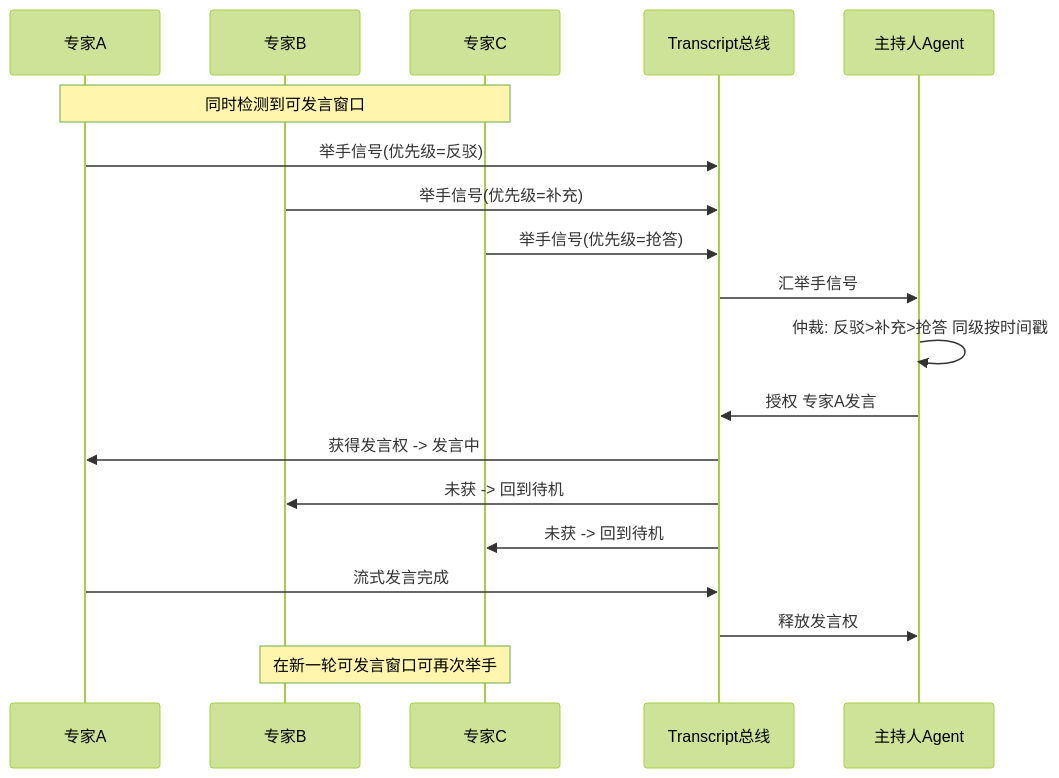
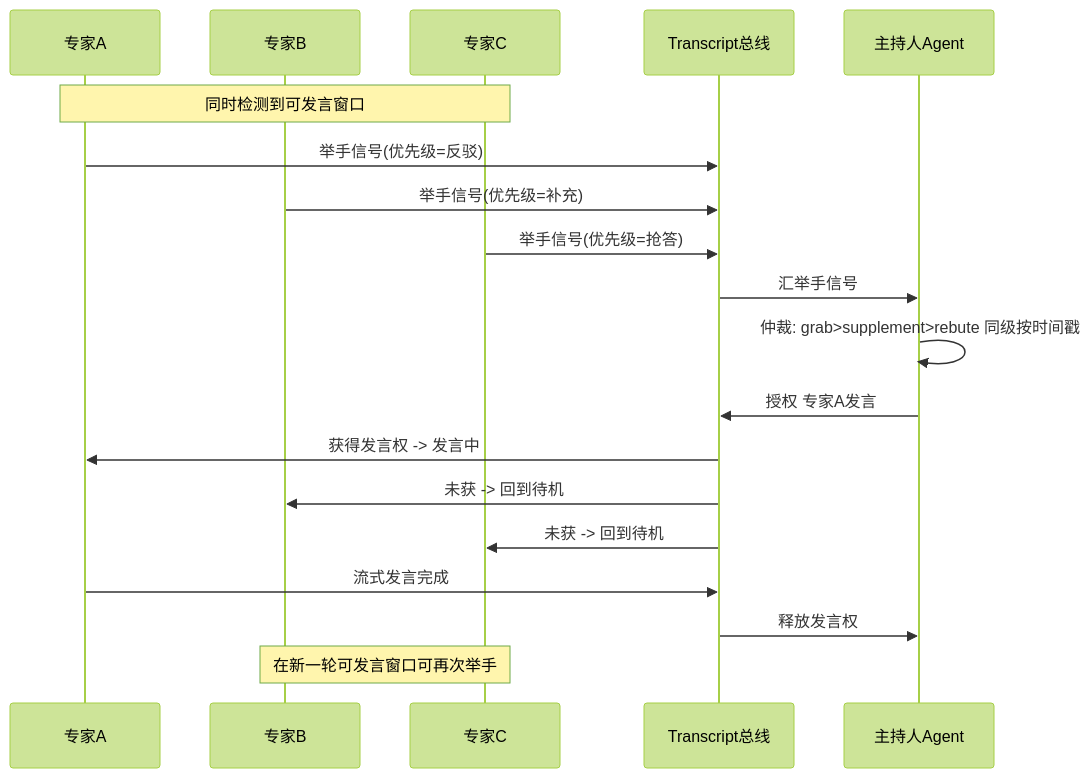
One commit to itrfcn/AI-Panel-Studio changed the fifth of 7 diagrams in docs/PRD.md. Above: the diagram before and after it, drawn with Mermaid (forest theme). The commit also changed other lines of this file and 6 other files, not shown here.

````diff
--- a/docs/PRD.md
+++ b/docs/PRD.md
@@ -243,22 +245,22 @@
 ```mermaid
 sequenceDiagram
     participant TA as 专家A
     participant TB as 专家B
     participant TC as 专家C
     participant Bus as Transcript总线
     participant M as 主持人Agent
 
     Note over TA,TC: 同时检测到可发言窗口
     TA->>Bus: 举手信号(优先级=反驳)
     TB->>Bus: 举手信号(优先级=补充)
     TC->>Bus: 举手信号(优先级=抢答)
     Bus->>M: 汇举手信号
-    M->>M: 仲裁: 反驳>补充>抢答 同级按时间戳
+    M->>M: 仲裁: grab>supplement>rebute 同级按时间戳
     M->>Bus: 授权 专家A发言
     Bus->>TA: 获得发言权 -> 发言中
     Bus->>TB: 未获 -> 回到待机
     Bus->>TC: 未获 -> 回到待机
     TA->>Bus: 流式发言完成
     Bus->>M: 释放发言权
     Note over TB,TC: 在新一轮可发言窗口可再次举手
 ```
````
